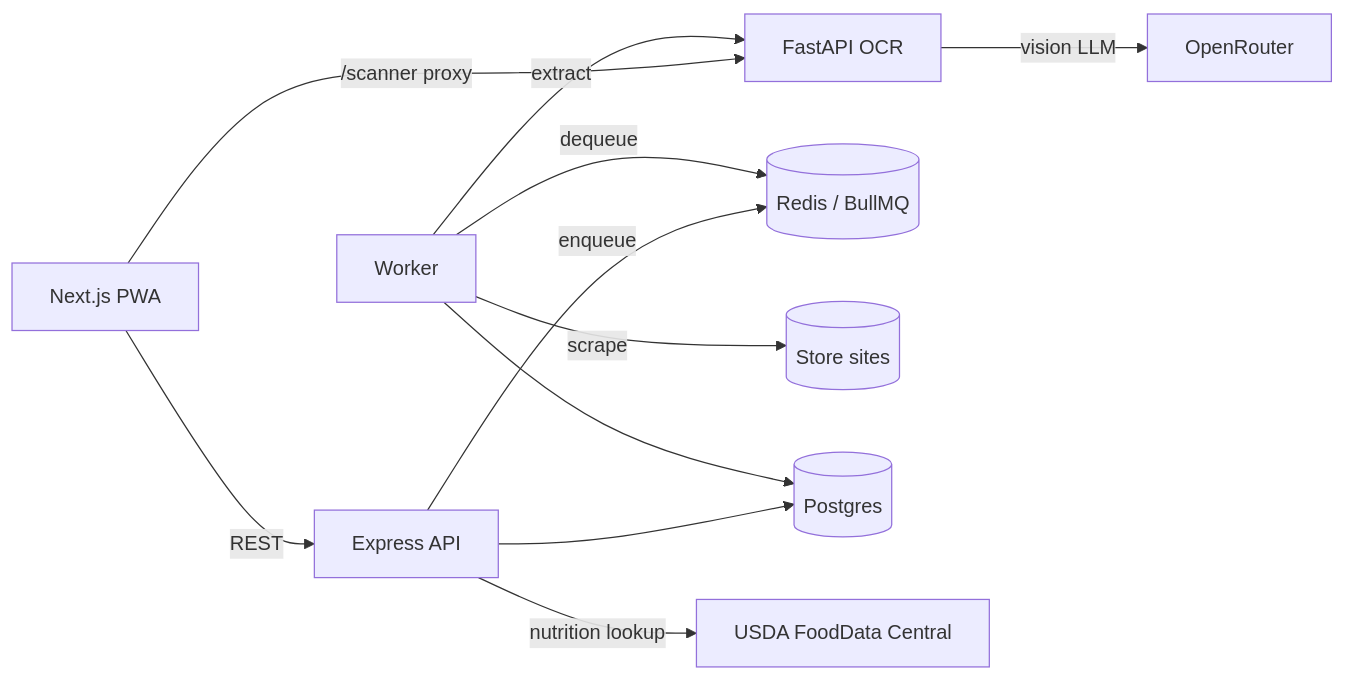
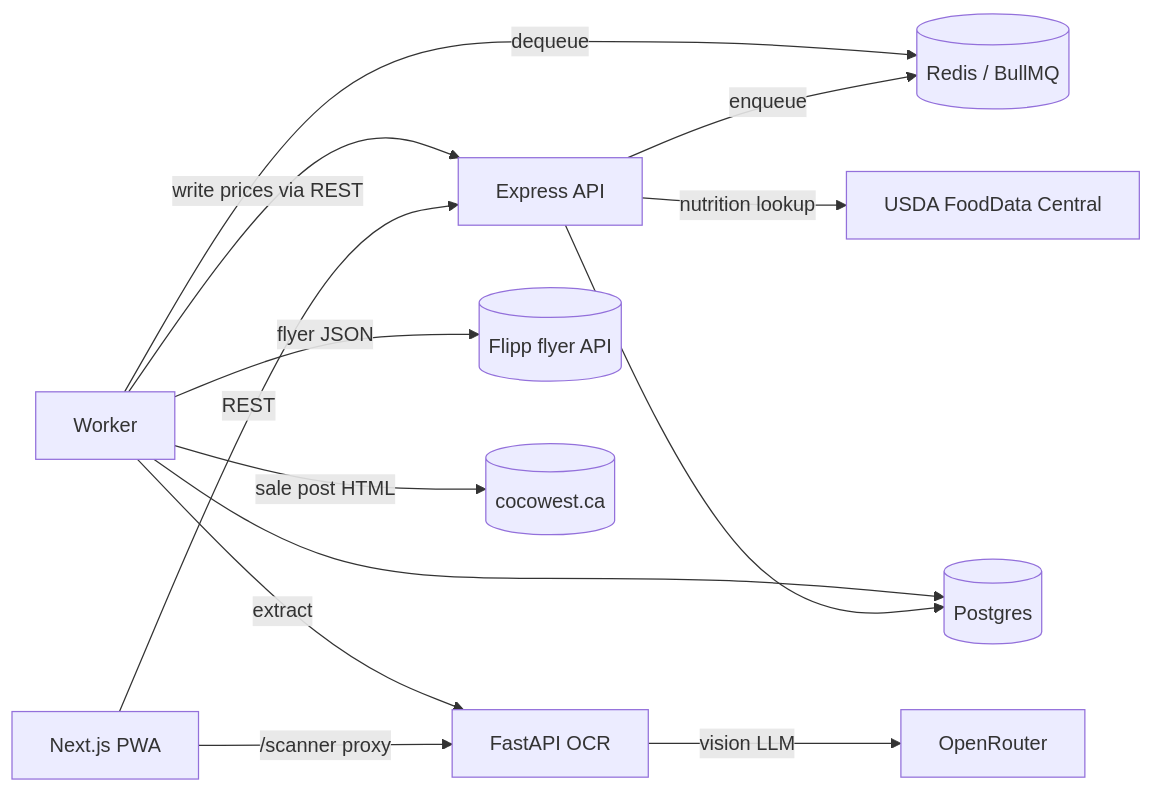
The first of 2 diagrams in README.md (Jack-Mei-UBC/FoodTracker), drawn with Mermaid before and after one commit. The commit also changed other lines of this file and 24 other files, not shown here.

````diff
--- a/README.md
+++ b/README.md
@@ -35,13 +35,15 @@
 ```mermaid
 flowchart LR
   UI[Next.js PWA] -->|REST| API[Express API]
   UI -->|/scanner proxy| OCR[FastAPI OCR]
   API -->|enqueue| Q[(Redis / BullMQ)]
   W[Worker] -->|dequeue| Q
-  W -->|scrape| Web[(Store sites)]
+  W -->|flyer JSON| Flipp[(Flipp flyer API)]
+  W -->|sale post HTML| Cocowest[(cocowest.ca)]
+  W -->|write prices via REST| API
   W -->|extract| OCR
   OCR -->|vision LLM| OR[OpenRouter]
   API --> DB[(Postgres)]
   W --> DB
   API -->|nutrition lookup| FDC[USDA FoodData Central]
 ```
````
